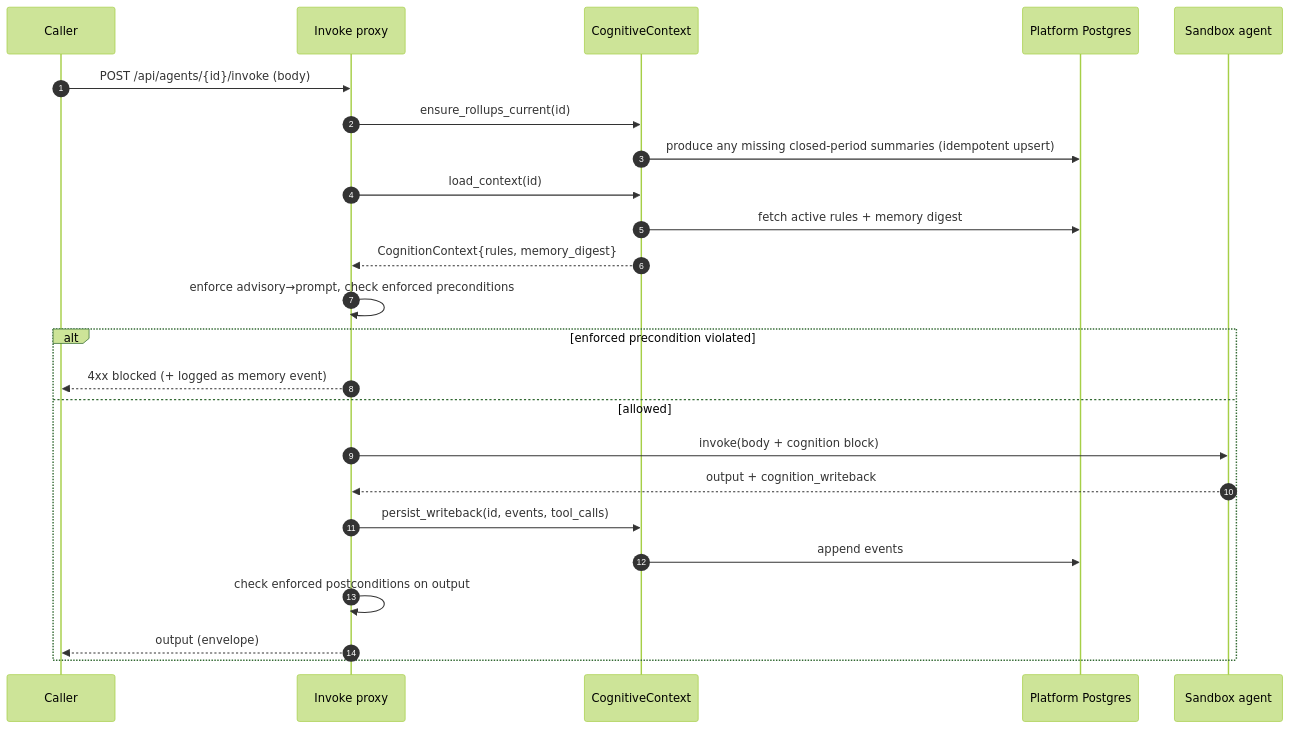
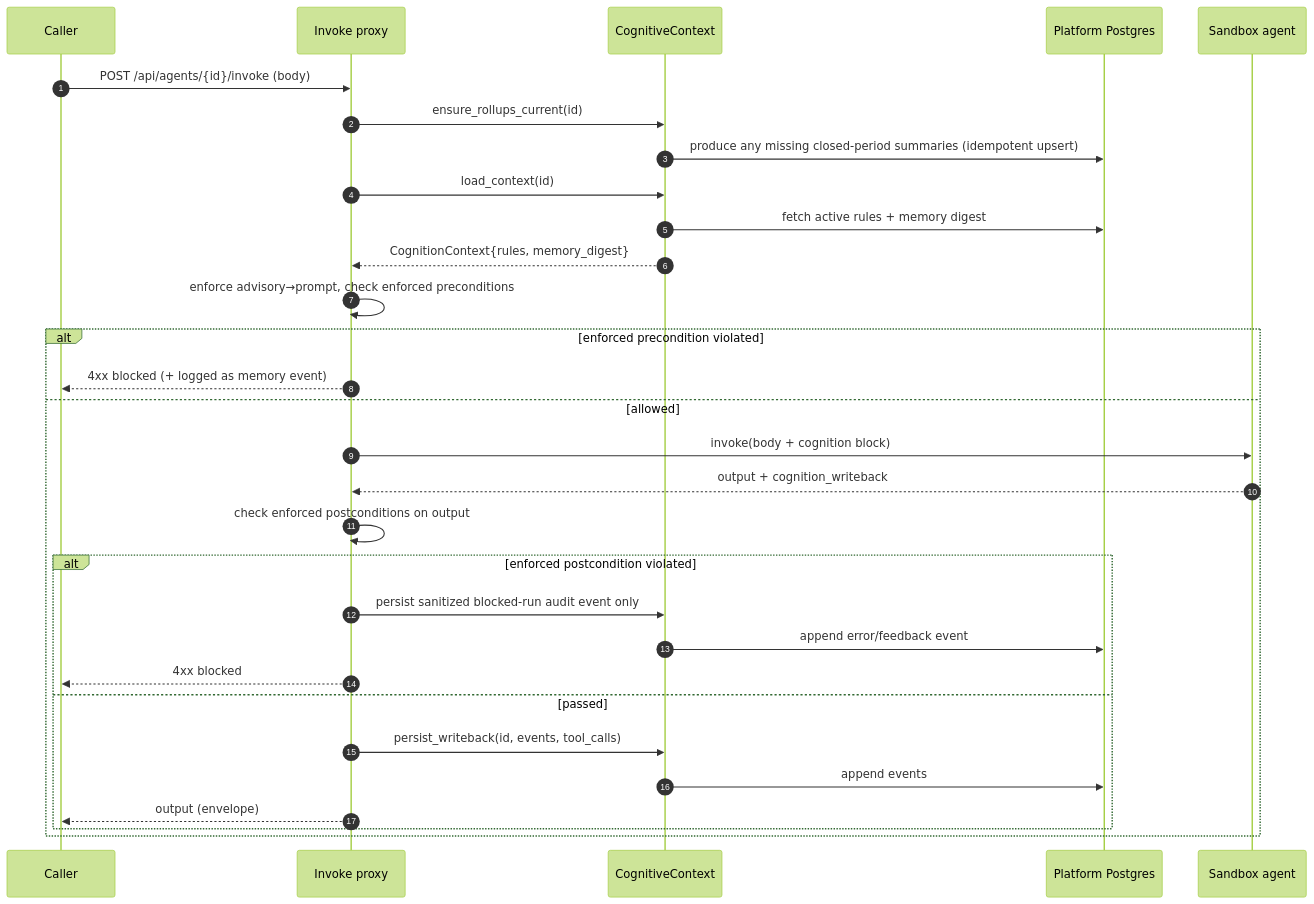
Before and after one commit to brandonkindred/Khala-Agentic-AI-Teams: the third of 6 diagrams in backend/agents/agent_cognition/DESIGN.md, drawn with Mermaid (forest theme). The commit also changed other lines of this file and 1 other file, not shown here.

First line of the commit message:
Address review: gate cognition routes + check postconditions before persist

````diff
--- a/backend/agents/agent_cognition/DESIGN.md
+++ b/backend/agents/agent_cognition/DESIGN.md
@@ -171,27 +171,33 @@
 ```mermaid
 sequenceDiagram
   autonumber
   participant C as Caller
   participant PX as Invoke proxy
   participant CTX as CognitiveContext
   participant PG as Platform Postgres
   participant SB as Sandbox agent
 
   C->>PX: POST /api/agents/{id}/invoke (body)
   PX->>CTX: ensure_rollups_current(id)
   CTX->>PG: produce any missing closed-period summaries (idempotent upsert)
   PX->>CTX: load_context(id)
   CTX->>PG: fetch active rules + memory digest
   CTX-->>PX: CognitionContext{rules, memory_digest}
   PX->>PX: enforce advisory→prompt, check enforced preconditions
   alt enforced precondition violated
     PX-->>C: 4xx blocked (+ logged as memory event)
   else allowed
     PX->>SB: invoke(body + cognition block)
     SB-->>PX: output + cognition_writeback
-    PX->>CTX: persist_writeback(id, events, tool_calls)
-    CTX->>PG: append events
     PX->>PX: check enforced postconditions on output
-    PX-->>C: output (envelope)
+    alt enforced postcondition violated
+      PX->>CTX: persist sanitized blocked-run audit event only
+      CTX->>PG: append error/feedback event
+      PX-->>C: 4xx blocked
+    else passed
+      PX->>CTX: persist_writeback(id, events, tool_calls)
+      CTX->>PG: append events
+      PX-->>C: output (envelope)
+    end
   end
 ```
````
